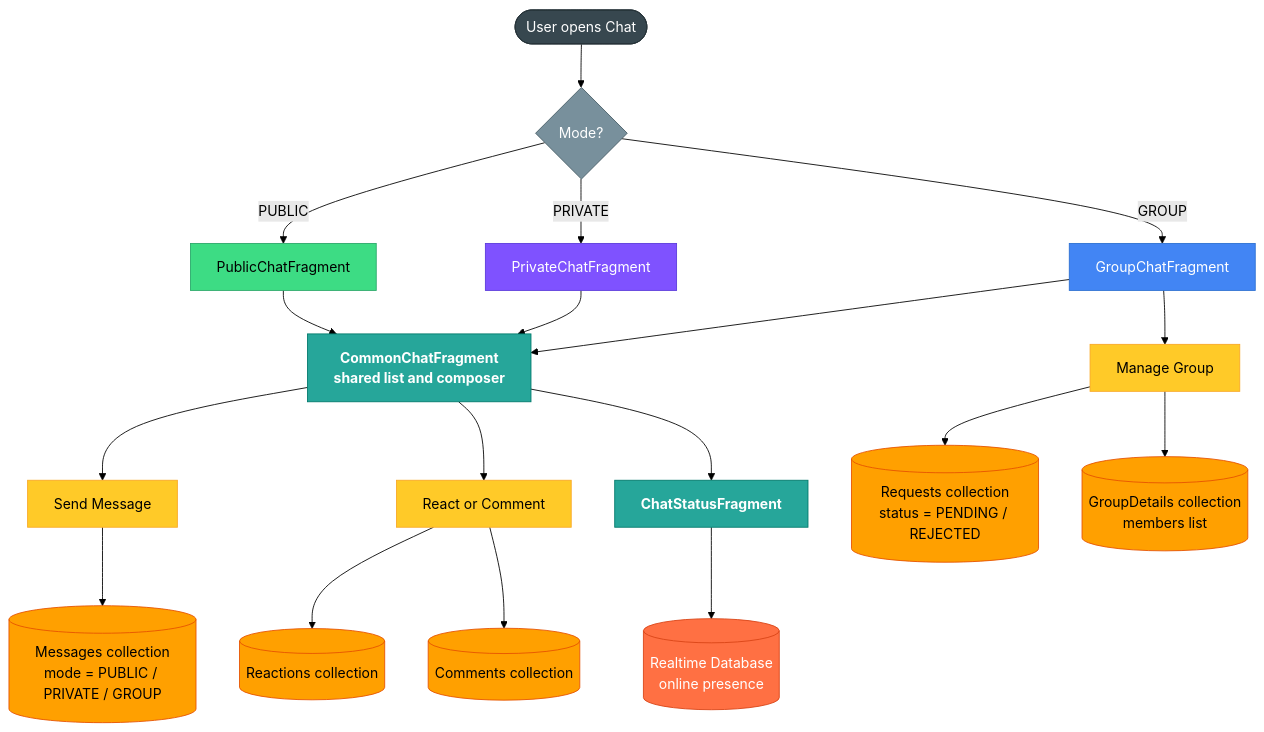
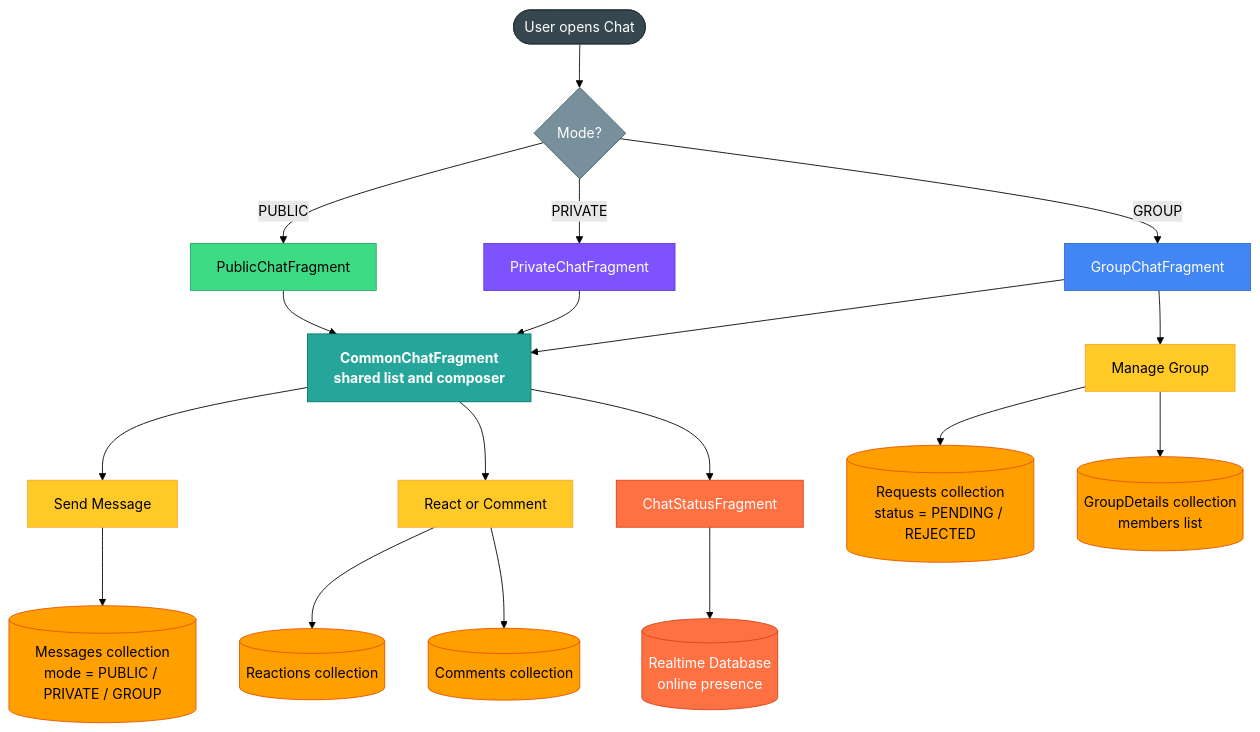
The fourth of 5 diagrams in README.md (PRADEEPERIYASAMY/funlearn_app), drawn with Mermaid (forest theme) before and after one commit. The commit also changed other lines of this file, not shown here.

````diff
--- a/README.md
+++ b/README.md
@@ -960,52 +372,52 @@
 ```mermaid
 flowchart TD
     ENTRY([User opens Chat])
     MODE{Mode?}
     PUB[PublicChatFragment]
     PRIV[PrivateChatFragment]
     GRP[GroupChatFragment]
     COMMON["CommonChatFragment\nshared list and composer"]
     SEND[Send Message]
     MSG[("Messages collection\nmode = PUBLIC / PRIVATE / GROUP")]
     REACT[React or Comment]
     REACT_COL[(Reactions collection)]
     COMMENT_COL[(Comments collection)]
     REQ[Manage Group]
     REQ_COL[("Requests collection\nstatus = PENDING / REJECTED")]
     GD_COL[("GroupDetails collection\nmembers list")]
     STATUS[ChatStatusFragment]
     PRESENCE[(Realtime Database\nonline presence)]
 
     ENTRY --> MODE
     MODE -->|PUBLIC| PUB
     MODE -->|PRIVATE| PRIV
     MODE -->|GROUP| GRP
     PUB & PRIV & GRP --> COMMON
     COMMON --> SEND & REACT
     SEND --> MSG
     REACT --> REACT_COL & COMMENT_COL
     GRP --> REQ
     REQ --> REQ_COL & GD_COL
     COMMON --> STATUS
     STATUS --> PRESENCE
 
     classDef terminal fill:#37474F,stroke:#263238,color:#fff
     classDef decision fill:#78909C,stroke:#455A64,color:#fff
     classDef pubFrag fill:#3DDC84,stroke:#2ba86a,color:#000
     classDef privFrag fill:#7F52FF,stroke:#5a3adb,color:#fff
     classDef grpFrag fill:#4285F4,stroke:#2c6fd1,color:#fff
     classDef shared fill:#26A69A,stroke:#00796B,color:#fff,font-weight:bold
     classDef action fill:#FFCA28,stroke:#f9a825,color:#000
     classDef store fill:#FFA000,stroke:#e65100,color:#000
     classDef rtdb fill:#FF7043,stroke:#d84315,color:#fff
 
     class ENTRY terminal
     class MODE decision
     class PUB pubFrag
     class PRIV privFrag
     class GRP grpFrag
-    class COMMON,STATUS shared
+    class COMMON shared
     class SEND,REACT,REQ action
     class MSG,REACT_COL,COMMENT_COL,REQ_COL,GD_COL store
-    class PRESENCE rtdb
+    class STATUS,PRESENCE rtdb
 ```
````
